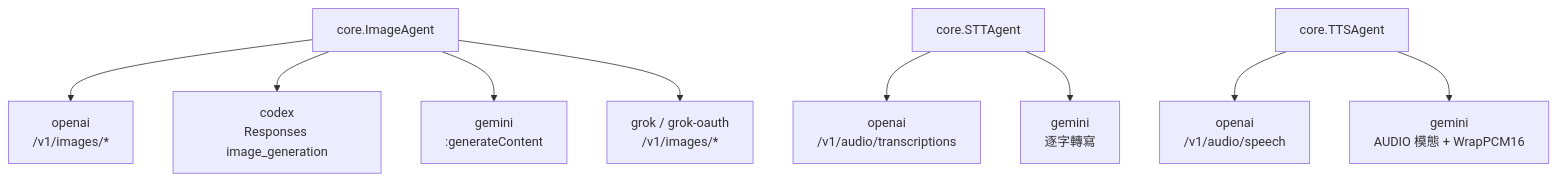
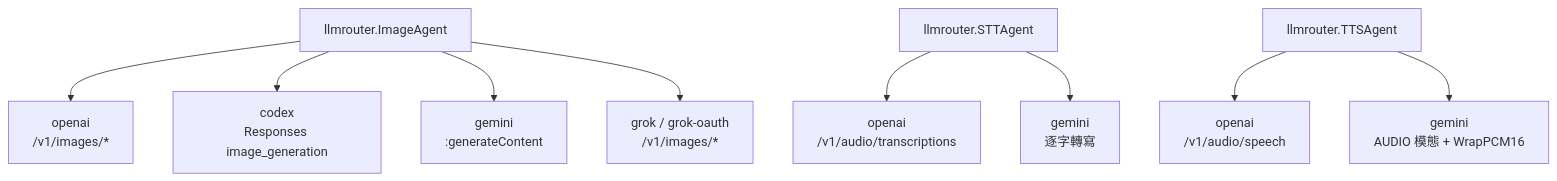
The seventh of 11 diagrams in doc/architecture.zh.md (pardnchiu/go-llm-router), drawn with Mermaid before and after one commit. The commit also changed other lines of this file and 103 other files, not shown here.

Commit message:
chore: Rename package core to llmrouter, callers must update identifiers

````diff
--- a/doc/architecture.zh.md
+++ b/doc/architecture.zh.md
@@ -164,11 +164,11 @@
 ```mermaid
 graph TB
-    ImageAgent[core.ImageAgent] --> OpenAIImg[openai<br/>/v1/images/*]
+    ImageAgent[llmrouter.ImageAgent] --> OpenAIImg[openai<br/>/v1/images/*]
     ImageAgent --> CodexImg[codex<br/>Responses image_generation]
     ImageAgent --> GeminiImg[gemini<br/>:generateContent]
     ImageAgent --> GrokImg[grok / grok-oauth<br/>/v1/images/*]
-    STT[core.STTAgent] --> OpenAISTT[openai<br/>/v1/audio/transcriptions]
+    STT[llmrouter.STTAgent] --> OpenAISTT[openai<br/>/v1/audio/transcriptions]
     STT --> GeminiSTT[gemini<br/>逐字轉寫]
-    TTS[core.TTSAgent] --> OpenAITTS[openai<br/>/v1/audio/speech]
+    TTS[llmrouter.TTSAgent] --> OpenAITTS[openai<br/>/v1/audio/speech]
     TTS --> GeminiTTS[gemini<br/>AUDIO 模態 + WrapPCM16]
 ```
````
